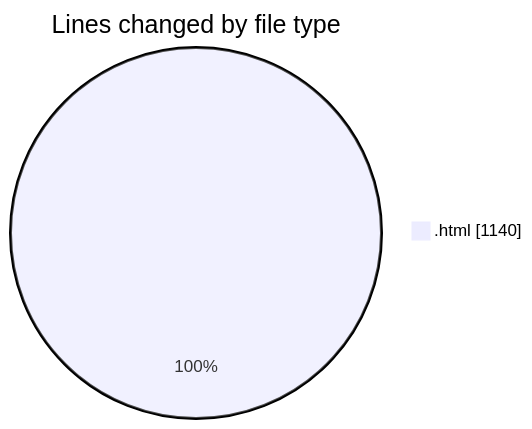
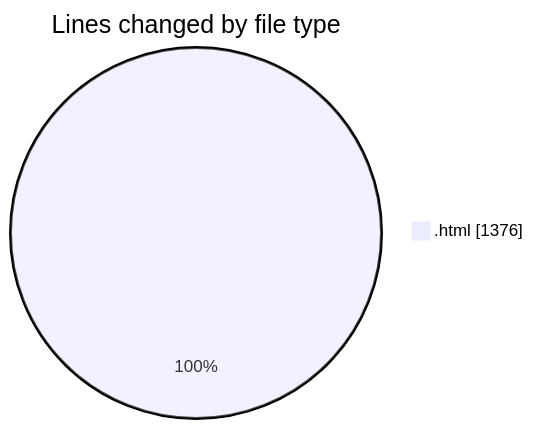
One commit to shibass792/code-tracking changed the first of 2 diagrams in 2026-07-12/untitled__workspace_/README.md. Above: the diagram before and after it, drawn with Mermaid. The commit also changed other lines of this file and 1 other file, not shown here.

````diff
--- a/2026-07-12/untitled__workspace_/README.md
+++ b/2026-07-12/untitled__workspace_/README.md
@@ -20,5 +20,5 @@
 ```mermaid
 pie showData
 title Lines changed by file type
-".html" : 1140
+".html" : 1376
 ```
````
